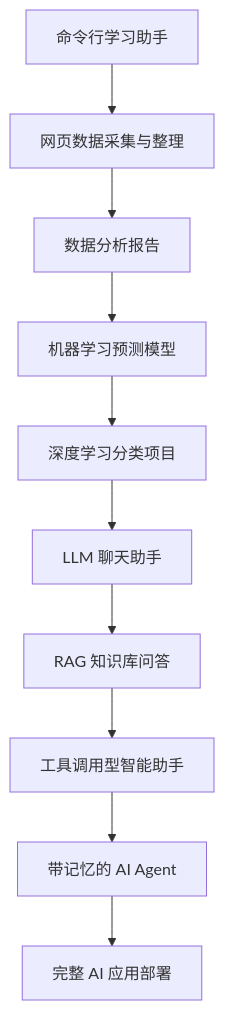
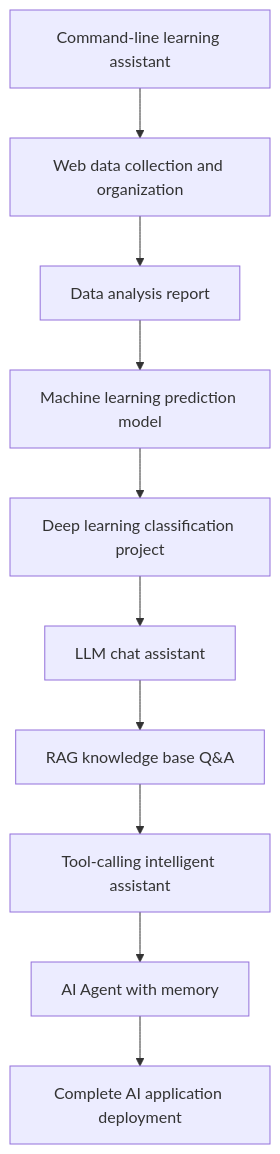
The second of 2 diagrams in docs/intro/project-roadmap.md (oudbiao/AI-fullstack-course), drawn with Mermaid before and after one commit. The commit also changed other lines of this file and 1406 other files, not shown here.

````diff
--- a/docs/intro/project-roadmap.md
+++ b/docs/intro/project-roadmap.md
@@ -33,12 +33,12 @@
 ```mermaid
 flowchart TD
-  A[命令行学习助手] --> B[网页数据采集与整理]
-  B --> C[数据分析报告]
-  C --> D[机器学习预测模型]
-  D --> E[深度学习分类项目]
-  E --> F[LLM 聊天助手]
-  F --> G[RAG 知识库问答]
-  G --> H[工具调用型智能助手]
-  H --> I[带记忆的 AI Agent]
-  I --> J[完整 AI 应用部署]
+  A[Command-line learning assistant] --> B[Web data collection and organization]
+  B --> C[Data analysis report]
+  C --> D[Machine learning prediction model]
+  D --> E[Deep learning classification project]
+  E --> F[LLM chat assistant]
+  F --> G[RAG knowledge base Q&A]
+  G --> H[Tool-calling intelligent assistant]
+  H --> I[AI Agent with memory]
+  I --> J[Complete AI application deployment]
 ```
````
